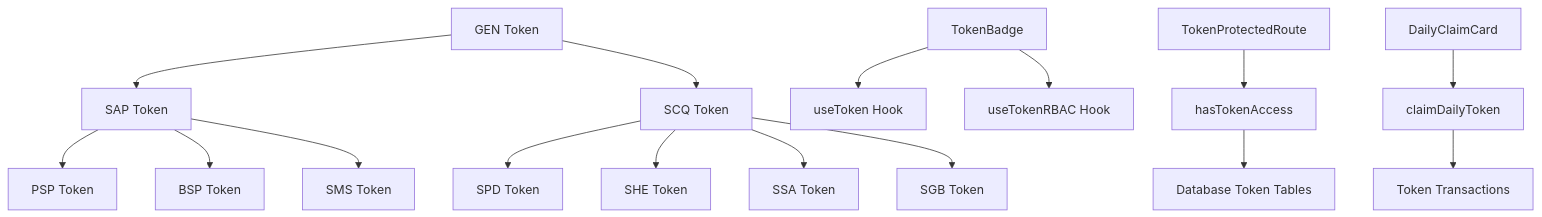
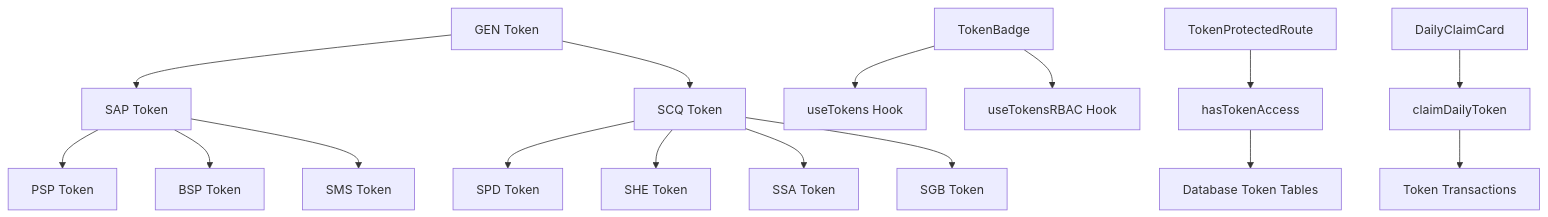
The second of 5 diagrams in docs/dependency-map.md (avolve-dao/avolve), drawn with Mermaid before and after one commit. The commit also changed other lines of this file and 146 other files, not shown here.

````diff
--- a/docs/dependency-map.md
+++ b/docs/dependency-map.md
@@ -41,29 +41,29 @@
 ```mermaid
 graph TD
     %% Token Hierarchy
     A[GEN Token] --> B[SAP Token]
     A --> C[SCQ Token]
     
     %% SAP Tokens
     B --> D[PSP Token]
     B --> E[BSP Token]
     B --> F[SMS Token]
     
     %% SCQ Tokens
     C --> G[SPD Token]
     C --> H[SHE Token]
     C --> I[SSA Token]
     C --> J[SGB Token]
     
     %% Token Components
-    K[TokenBadge] --> L[useToken Hook]
-    K --> M[useTokenRBAC Hook]
+    K[TokenBadge] --> L[useTokens Hook]
+    K --> M[useTokensRBAC Hook]
     
     %% Token Access
     N[TokenProtectedRoute] --> O[hasTokenAccess]
     O --> P[Database Token Tables]
     
     %% Token Claims
     Q[DailyClaimCard] --> R[claimDailyToken]
     R --> S[Token Transactions]
 ```
````
